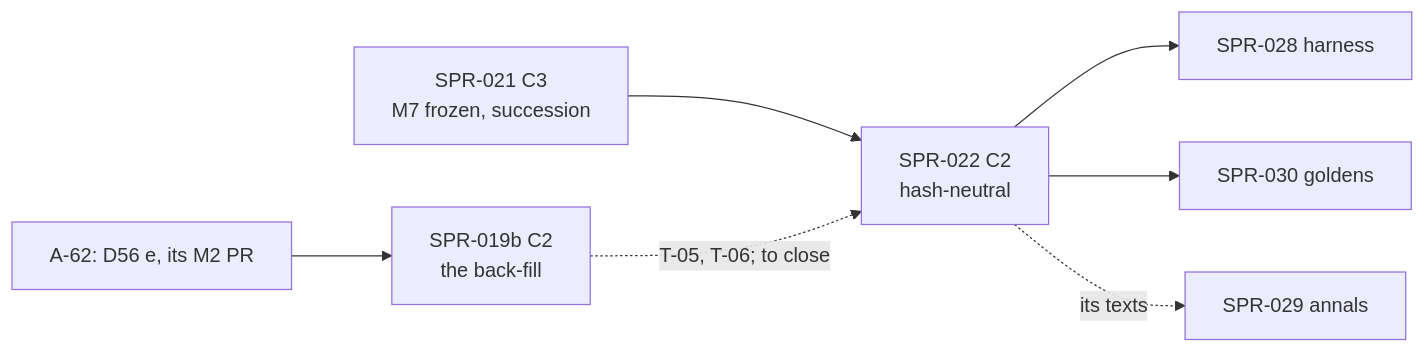
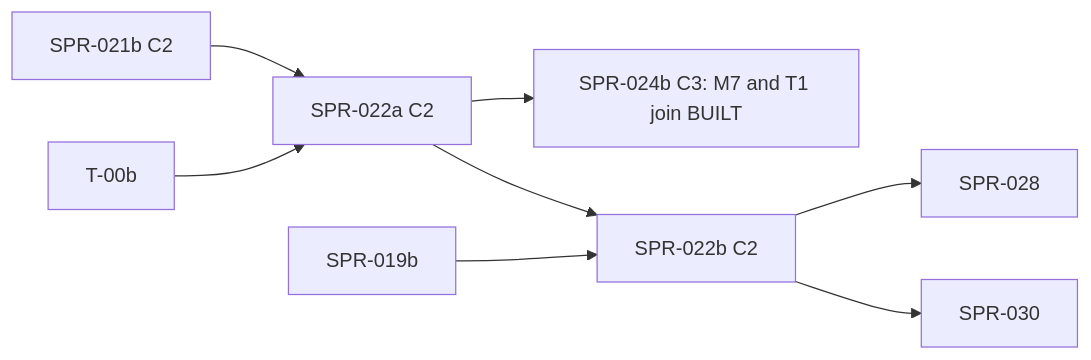
The diagram in CODEX/05_PROJECT/SPR-022_RulerExitsDormancyF1.md (BigRigVibeCoder/Rehoboam), drawn with Mermaid before and after one commit. The commit also changed other lines of this file and 4 other files, not shown here.

````diff
--- a/CODEX/05_PROJECT/SPR-022_RulerExitsDormancyF1.md
+++ b/CODEX/05_PROJECT/SPR-022_RulerExitsDormancyF1.md
@@ -268,9 +273,10 @@
 ```mermaid
 flowchart LR
-  S021[SPR-021 C3<br/>M7 frozen, succession] --> S022[SPR-022 C2<br/>hash-neutral]
-  A62[A-62: D56 e, its M2 PR] --> S019b[SPR-019b C2<br/>the back-fill]
-  S019b -.T-05, T-06; to close.-> S022
-  S022 --> S028[SPR-028 harness]
-  S022 --> S030[SPR-030 goldens]
-  S022 -.its texts.-> S029[SPR-029 annals]
+  S021b[SPR-021b C2] --> S022a[SPR-022a C2]
+  T00b[T-00b] --> S022a
+  S022a --> S024b[SPR-024b C3: M7 and T1 join BUILT]
+  S022a --> S022b[SPR-022b C2]
+  S019b[SPR-019b] --> S022b
+  S022b --> S028[SPR-028]
+  S022b --> S030[SPR-030]
 ```
````
